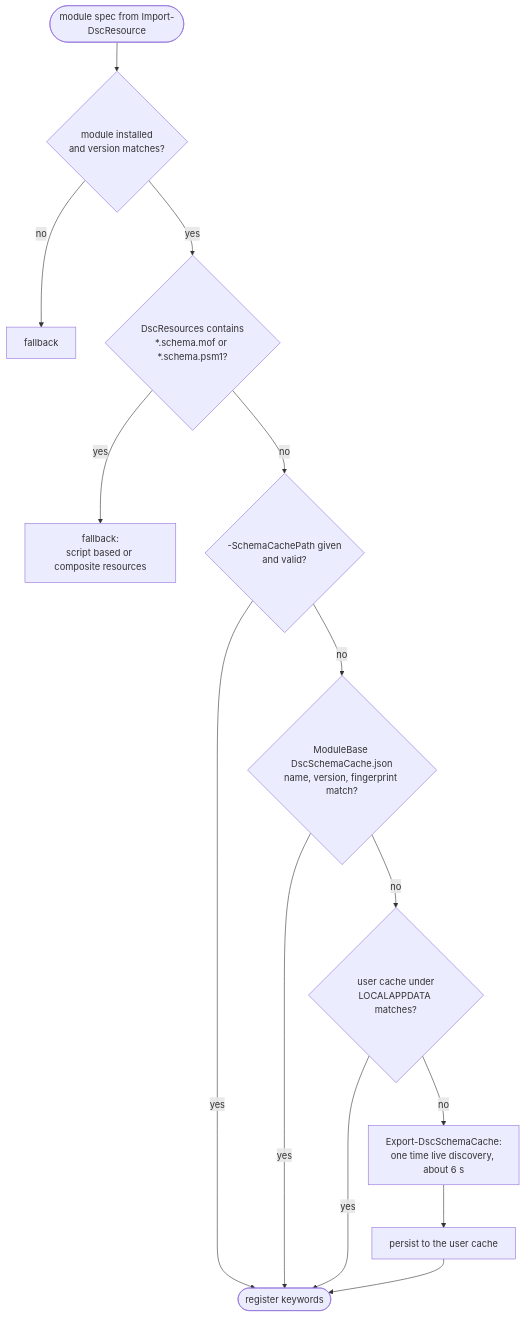
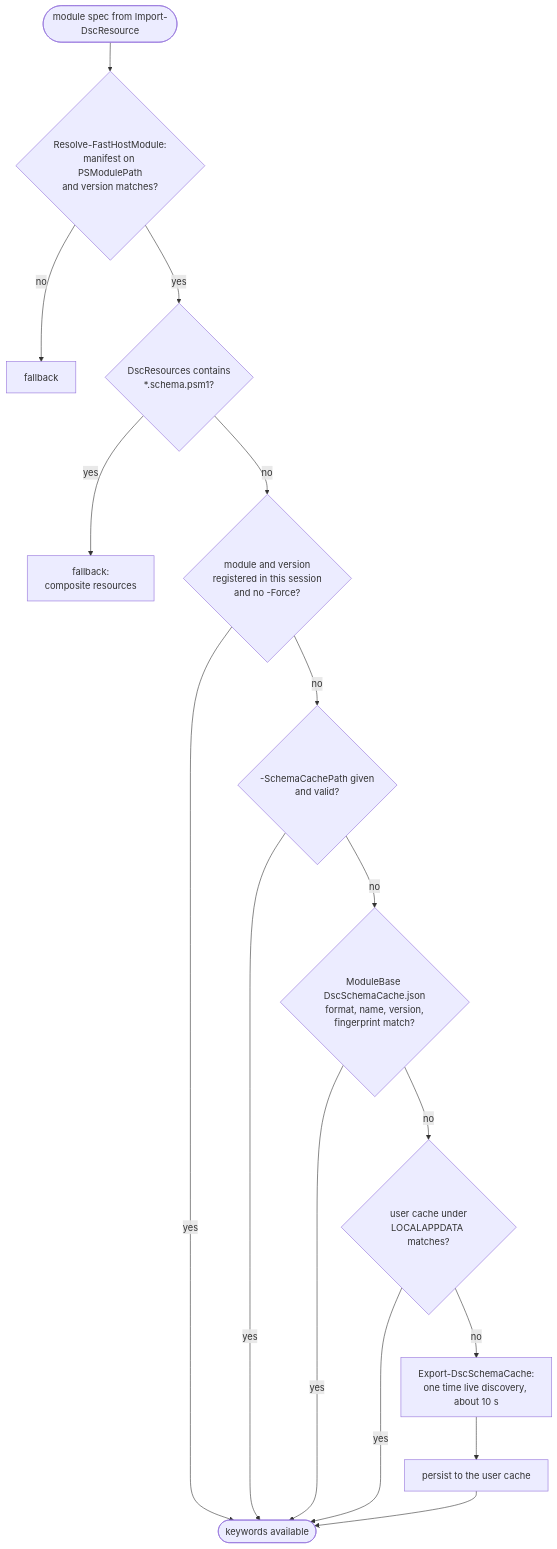
Before and after one commit to FabienTschanz/Microsoft365DSC: the fifth of 8 diagrams in docs/ConfigurationFastCompileHost.md, drawn with Mermaid. The commit also changed other lines of this file and 11 other files, not shown here.

Commit message:
Bump PSDSC version to 3.1.7, add performance measure scripts, updated fast-host compilation and blog posts

````diff
--- a/docs/ConfigurationFastCompileHost.md
+++ b/docs/ConfigurationFastCompileHost.md
@@ -379,15 +403,17 @@
 ```mermaid
 flowchart TB
-    q(["module spec from Import-DscResource"]) --> res{"module installed<br/>and version matches?"}
+    q(["module spec from Import-DscResource"]) --> res{"Resolve-FastHostModule:<br/>manifest on PSModulePath<br/>and version matches?"}
     res -->|no| fb1["fallback"]
-    res -->|yes| comp{"DscResources contains<br/>*.schema.mof or *.schema.psm1?"}
-    comp -->|yes| fb2["fallback:<br/>script based or composite resources"]
-    comp -->|no| a{"-SchemaCachePath given<br/>and valid?"}
-    a -->|yes| use(["register keywords"])
-    a -->|no| b{"ModuleBase DscSchemaCache.json<br/>name, version, fingerprint match?"}
+    res -->|yes| comp{"DscResources contains<br/>*.schema.psm1?"}
+    comp -->|yes| fb2["fallback:<br/>composite resources"]
+    comp -->|no| reg{"module and version<br/>registered in this session<br/>and no -Force?"}
+    reg -->|yes| use(["keywords available"])
+    reg -->|no| a{"-SchemaCachePath given<br/>and valid?"}
+    a -->|yes| use
+    a -->|no| b{"ModuleBase DscSchemaCache.json<br/>format, name, version,<br/>fingerprint match?"}
     b -->|yes| use
     b -->|no| c{"user cache under<br/>LOCALAPPDATA matches?"}
     c -->|yes| use
-    c -->|no| gen["Export-DscSchemaCache:<br/>one time live discovery, about 6 s"]
+    c -->|no| gen["Export-DscSchemaCache:<br/>one time live discovery, about 10 s"]
     gen --> persist["persist to the user cache"] --> use
 ```
````
